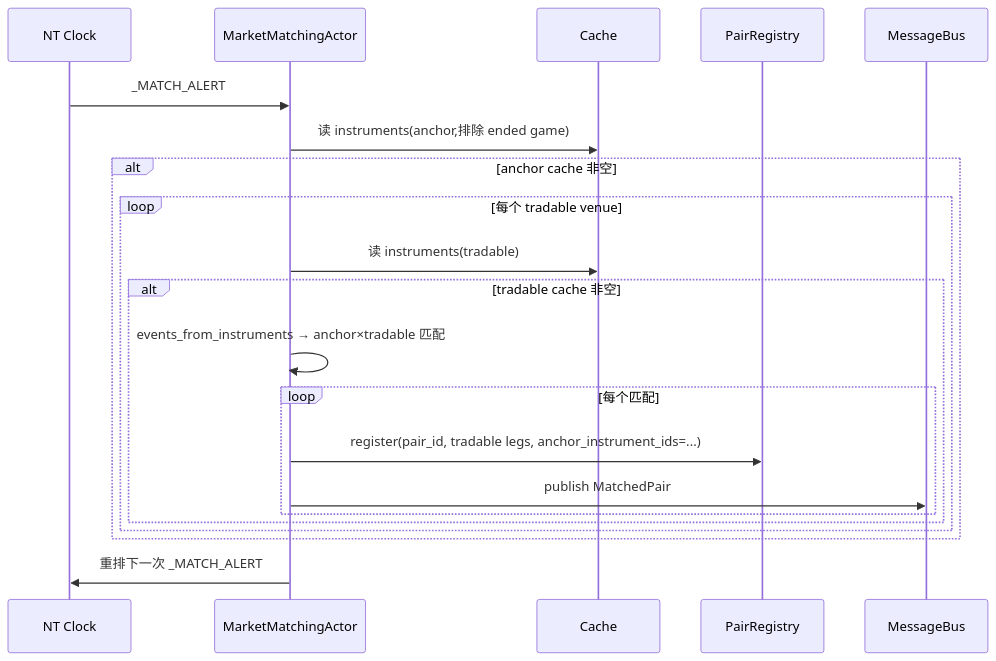
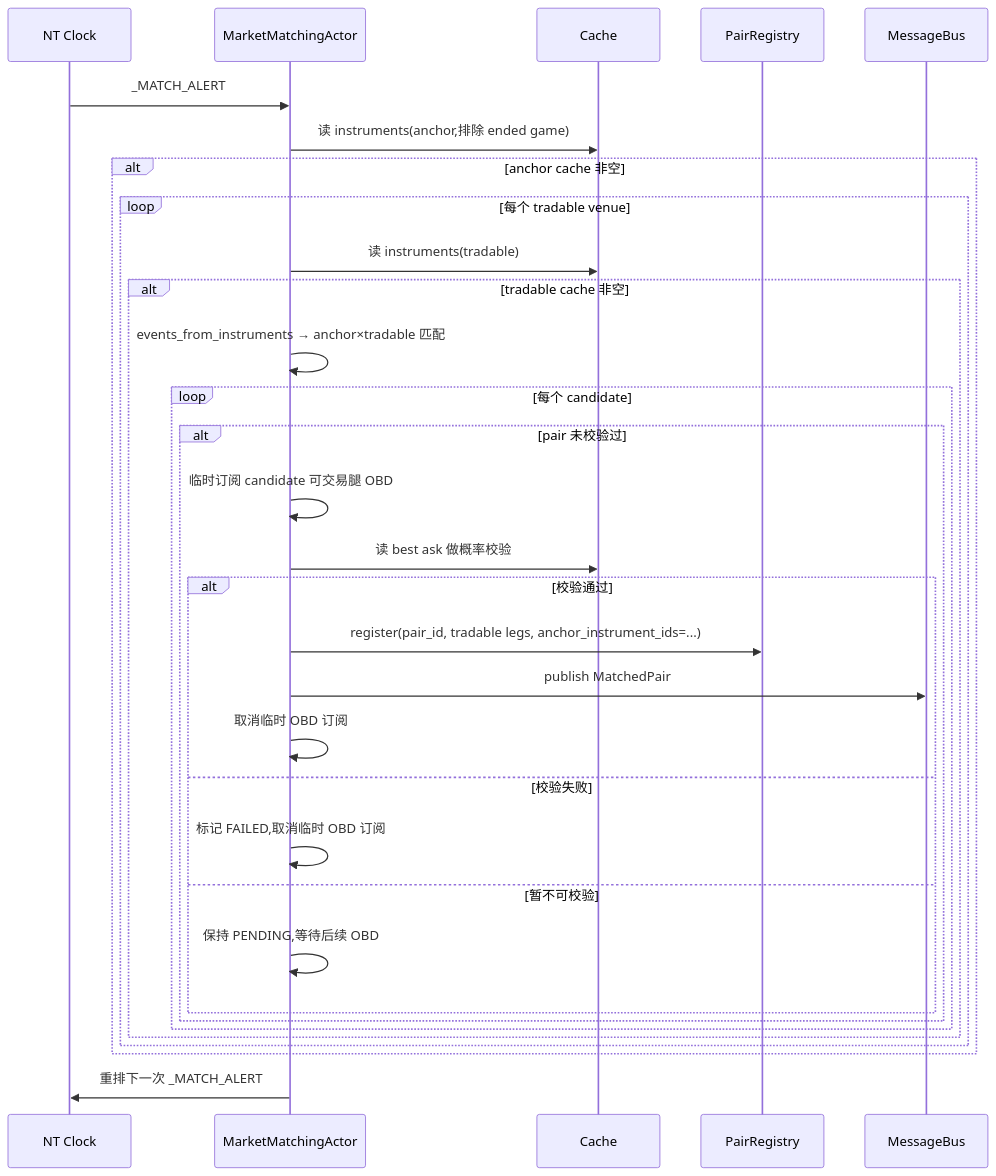
Before and after one commit to psnewer/nautilus_trader: the second of 2 diagrams in docs/arbitrage/architectures/matching/architecture.md, drawn with Mermaid. The commit also changed other lines of this file and 3 other files, not shown here.

````diff
--- a/docs/arbitrage/architectures/matching/architecture.md
+++ b/docs/arbitrage/architectures/matching/architecture.md
@@ -229,24 +264,35 @@
 ```mermaid
 sequenceDiagram
   participant CLK as NT Clock
   participant MA as MarketMatchingActor
   participant CA as Cache
   participant PR as PairRegistry
   participant MB as MessageBus
 
   CLK->>MA: _MATCH_ALERT
   MA->>CA: 读 instruments(anchor,排除 ended game)
   alt anchor cache 非空
     loop 每个 tradable venue
       MA->>CA: 读 instruments(tradable)
       alt tradable cache 非空
         MA->>MA: events_from_instruments → anchor×tradable 匹配
-        loop 每个匹配
-          MA->>PR: register(pair_id, tradable legs, anchor_instrument_ids=...)
-          MA->>MB: publish MatchedPair
+        loop 每个 candidate
+          alt pair 未校验过
+            MA->>MA: 临时订阅 candidate 可交易腿 OBD
+            MA->>CA: 读 best ask 做概率校验
+            alt 校验通过
+              MA->>PR: register(pair_id, tradable legs, anchor_instrument_ids=...)
+              MA->>MB: publish MatchedPair
+              MA->>MA: 取消临时 OBD 订阅
+            else 校验失败
+              MA->>MA: 标记 FAILED,取消临时 OBD 订阅
+            else 暂不可校验
+              MA->>MA: 保持 PENDING,等待后续 OBD
+            end
+          end
         end
       end
     end
   end
   MA->>CLK: 重排下一次 _MATCH_ALERT
 ```
````
